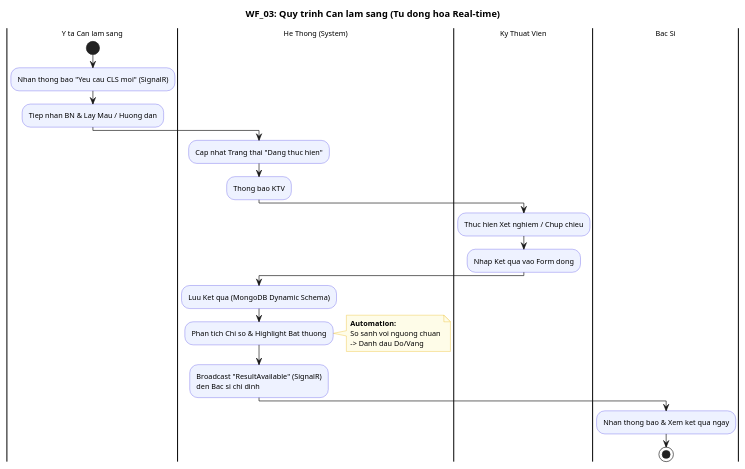
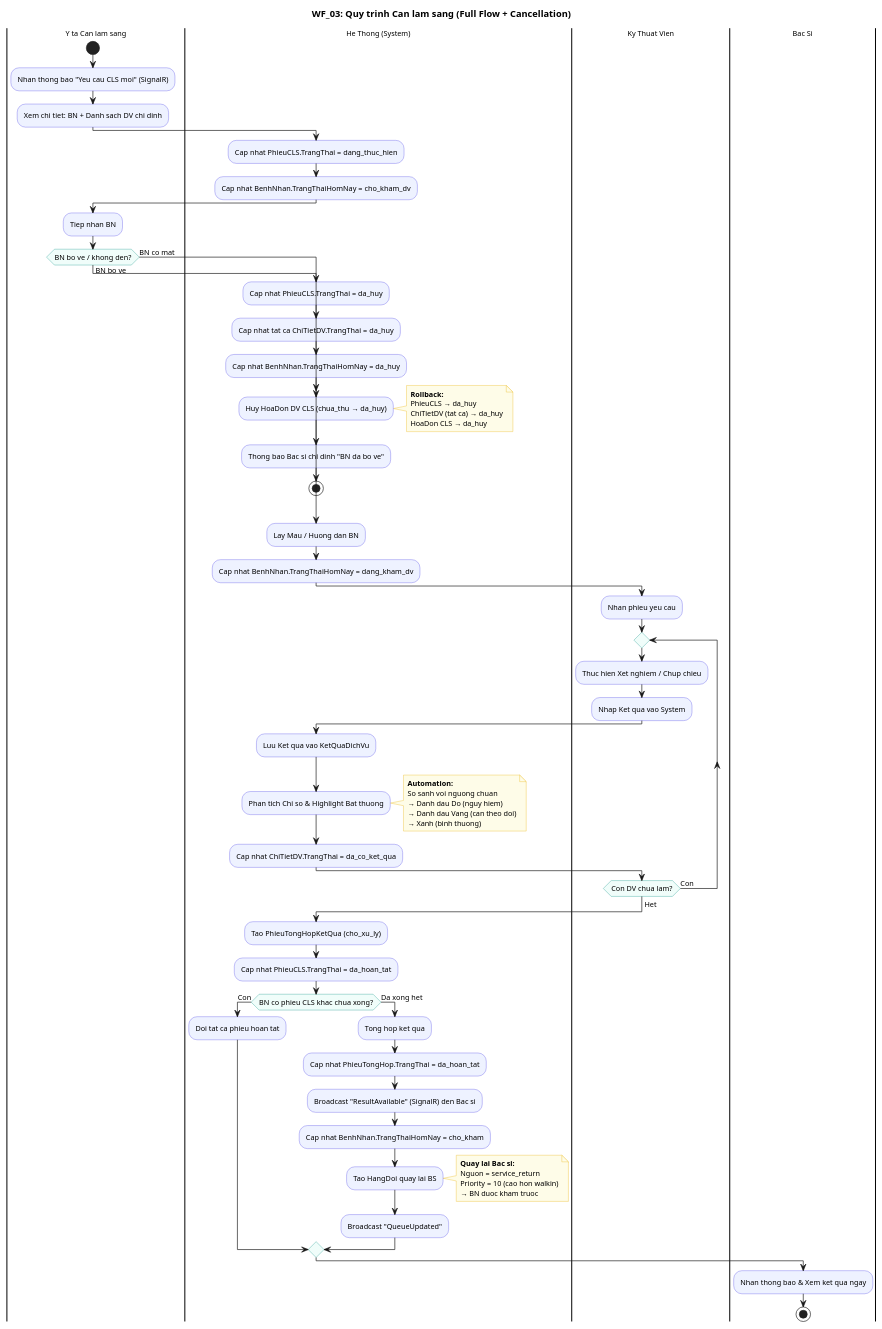
One commit to thehoang-x-five/HealthCare changed the diagram in docs/uml/workflow/WF_03_CLS.puml. Above: the diagram before and after it, drawn with PlantUML. The commit also changed 41 other files, not shown here.

```diff
--- a/docs/uml/workflow/WF_03_CLS.puml
+++ b/docs/uml/workflow/WF_03_CLS.puml
@@ -1,48 +1,108 @@
 @startuml WF_03_CLS
 ' ===========================
 ' WF_03: QUY TRINH CAN LAM SANG (CLS)
+' Bao gom: Happy path + Huy phieu CLS
 ' ===========================
 skinparam backgroundColor #FFFFFF
 skinparam defaultFontName "Segoe UI"
 skinparam defaultFontSize 11
 skinparam linetype ortho
 
 skinparam activityBackgroundColor #EEF2FF
 skinparam activityBorderColor #4F46E5
 skinparam activityDiamondBackgroundColor #F0FDFA
 skinparam activityDiamondBorderColor #0D9488
 skinparam noteBackgroundColor #FEFCE8
 skinparam noteBorderColor #EAB308
 
-title WF_03: Quy trinh Can lam sang (Tu dong hoa Real-time)
+title WF_03: Quy trinh Can lam sang (Full Flow + Cancellation)
 
 |Y ta Can lam sang|
 start
 :Nhan thong bao "Yeu cau CLS moi" (SignalR);
-:Tiep nhan BN & Lay Mau / Huong dan;
+:Xem chi tiet: BN + Danh sach DV chi dinh;
 
 |He Thong (System)|
-:Cap nhat Trang thai "Dang thuc hien";
-:Thong bao KTV;
+:Cap nhat PhieuCLS.TrangThai = dang_thuc_hien;
+:Cap nhat BenhNhan.TrangThaiHomNay = cho_kham_dv;
 
-|Ky Thuat Vien|
-:Thuc hien Xet nghiem / Chup chieu;
-:Nhap Ket qua vao Form dong;
+|Y ta Can lam sang|
+:Tiep nhan BN;
+
+if (BN bo ve / khong den?) then (BN bo ve)
+  |He Thong (System)|
+  :Cap nhat PhieuCLS.TrangThai = da_huy;
+  :Cap nhat tat ca ChiTietDV.TrangThai = da_huy;
+  :Cap nhat BenhNhan.TrangThaiHomNay = da_huy;
+  :Huy HoaDon DV CLS (chua_thu → da_huy);
+  note right
+    **Rollback:**
+    PhieuCLS → da_huy
+    ChiTietDV (tat ca) → da_huy
+    HoaDon CLS → da_huy
+  end note
+  :Thong bao Bac si chi dinh "BN da bo ve";
+  stop
+else (BN co mat)
+endif
+
+:Lay Mau / Huong dan BN;
 
 |He Thong (System)|
-:Luu Ket qua (MongoDB Dynamic Schema);
-:Phan tich Chi so & Highlight Bat thuong;
-note right
-  **Automation:**
-  So sanh voi nguong chuan
-  -> Danh dau Do/Vang
-end note
+:Cap nhat BenhNhan.TrangThaiHomNay = dang_kham_dv;
 
-:Broadcast "ResultAvailable" (SignalR)\nden Bac si chi dinh;
+' === XU LY TUNG DICH VU ===
+|Ky Thuat Vien|
+:Nhan phieu yeu cau;
+
+repeat
+  :Thuc hien Xet nghiem / Chup chieu;
+  :Nhap Ket qua vao System;
+  
+  |He Thong (System)|
+  :Luu Ket qua vao KetQuaDichVu;
+  :Phan tich Chi so & Highlight Bat thuong;
+  note right
+    **Automation:**
+    So sanh voi nguong chuan
+    → Danh dau Do (nguy hiem)
+    → Danh dau Vang (can theo doi)
+    → Xanh (binh thuong)
+  end note
+  :Cap nhat ChiTietDV.TrangThai = da_co_ket_qua;
+  
+  |Ky Thuat Vien|
+repeat while (Con DV chua lam?) is (Con)
+-> Het;
+
+|He Thong (System)|
+:Tao PhieuTongHopKetQua (cho_xu_ly);
+:Cap nhat PhieuCLS.TrangThai = da_hoan_tat;
+
+' === KIEM TRA CON DV KHAC KHONG ===
+if (BN co phieu CLS khac chua xong?) then (Con)
+  :Doi tat ca phieu hoan tat;
+else (Da xong het)
+  :Tong hop ket qua;
+  :Cap nhat PhieuTongHop.TrangThai = da_hoan_tat;
+  
+  :Broadcast "ResultAvailable" (SignalR) den Bac si;
+  
+  |He Thong (System)|
+  :Cap nhat BenhNhan.TrangThaiHomNay = cho_kham;
+  :Tao HangDoi quay lai BS;
+  note right
+    **Quay lai Bac si:**
+    Nguon = service_return
+    Priority = 10 (cao hon walkin)
+    → BN duoc kham truoc
+  end note
+  :Broadcast "QueueUpdated";
+endif
 
 |Bac Si|
 :Nhan thong bao & Xem ket qua ngay;
 
 stop
 
 @enduml
```
